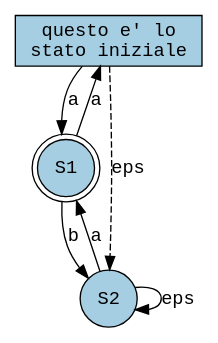
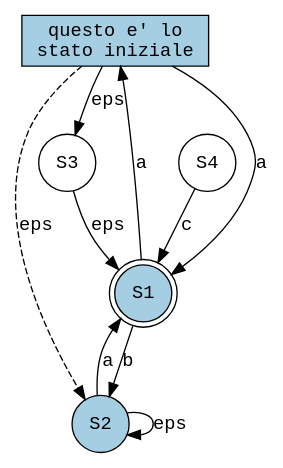
Before and after one commit to LeonardoDeFaveri/Subset-contruction-LFC: the diagram in esempio.dot, drawn with Graphviz. The commit also changed 7 other files, not shown here.

```diff
--- a/esempio.dot
+++ b/esempio.dot
@@ -1,19 +1,26 @@
 // File di esempio
 
 digraph "esempio"
 {
   node [fontname = courier, shape = circle, colorscheme = paired6, fillcolor=1]
   edge [fontname = courier]
 
   0 [label="questo e' lo \n stato iniziale", shape=box, style=filled]
   0 -> 1 [label="a"]
-  0 -> 2 [style=dashed label="eps"]  
+  0 -> 2 [style=dashed label="eps"]
+  0 -> 3 [label="eps"]
 
   1 [label="S1", shape=doublecircle, style=filled]
   1 -> 0 [style=solid label="a"]
   1 -> 2 [style=solid label="b"]
 
   2 [label="S2", style=filled]
   2 -> 1 [style=solid label="a"]
   2 -> 2 [style=solid label="eps"]
+
+  3 [label="S3"]
+  3 -> 1 [label="eps"]
+
+  4 [label="S4"]
+  4 -> 1 [label="c"]
 }
```
